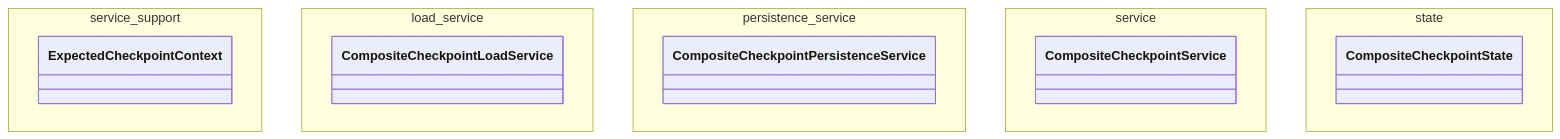
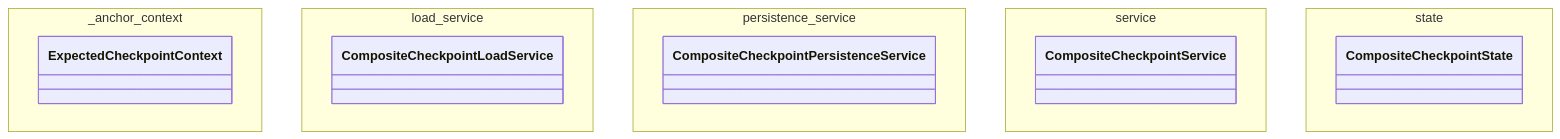
The diagram in docs/02-architecture/diagrams/class-diagrams/90-pkg-application-composite-checkpoint.mmd (SatoryKono/BioactivityDataAcquisition), drawn with Mermaid before and after one commit. The commit also changed 485 other files, not shown here.

```diff
--- a/docs/02-architecture/diagrams/class-diagrams/90-pkg-application-composite-checkpoint.mmd
+++ b/docs/02-architecture/diagrams/class-diagrams/90-pkg-application-composite-checkpoint.mmd
@@ -1,30 +1,30 @@
 %% Title: Package Family: application/composite/checkpoint
-%% Covers: AST-derived supplemental package-family inventory for src/bioetl/application/composite/checkpoint; modules: _service_support, load_service, persistence_service, service, state.
+%% Covers: AST-derived supplemental package-family inventory for src/bioetl/application/composite/checkpoint; modules: anchor_context, _anchor_context, load_service, persistence_service, service, state.
 %% Components: top-level classes grouped by source module.
 %% @version 1.0.0
 %% @type    classDiagram
 %% @date    2026-03-27
 %% @level   Package Family / Inventory Slice
 %% @nodes   5
 %% @reference Generated supplemental package-family diagram. Curated class-summary remains narrative-only.
 classDiagram
 
-    namespace service_support {
+    namespace _anchor_context {
         class ExpectedCheckpointContext
     }
 
     namespace load_service {
         class CompositeCheckpointLoadService
     }
 
     namespace persistence_service {
         class CompositeCheckpointPersistenceService
     }
 
     namespace service {
         class CompositeCheckpointService
     }
 
     namespace state {
         class CompositeCheckpointState
     }
```
